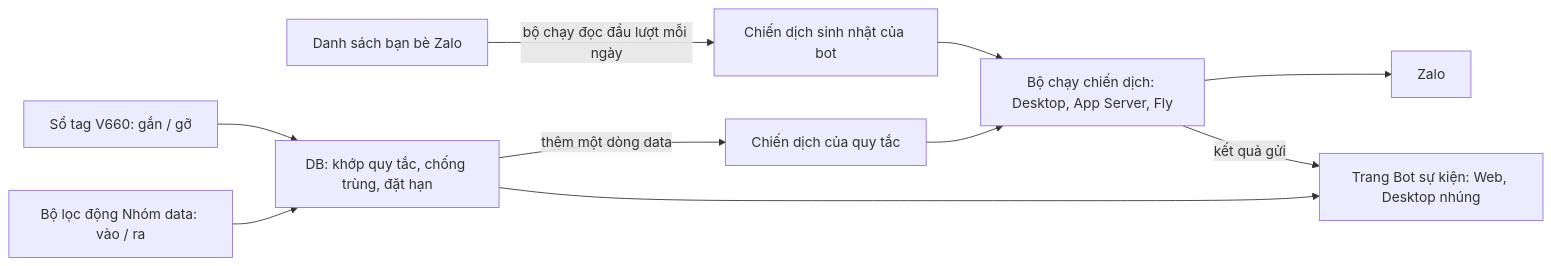
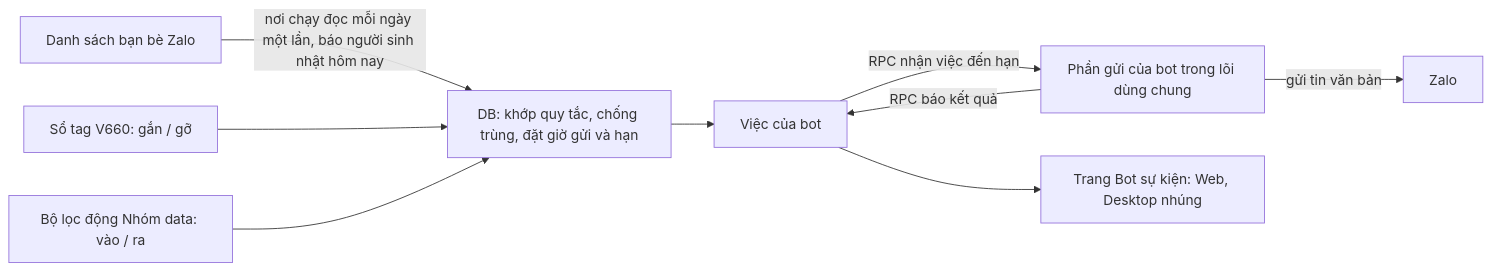
The diagram in docs/EVENT_BOT_PLAN.md (aligoinc/akaAgent), drawn with Mermaid before and after one commit. The commit also changed other lines of this file and 1 other file, not shown here.

First line of the commit message:
docs: Bot sự kiện bản 3, bot gửi độc lập với hạn mức và chiến dịch

````diff
--- a/docs/EVENT_BOT_PLAN.md
+++ b/docs/EVENT_BOT_PLAN.md
@@ -93,12 +85,11 @@
 ```mermaid
 flowchart LR
-  F[Danh sách bạn bè Zalo] -->|bộ chạy đọc đầu lượt mỗi ngày| C1[Chiến dịch sinh nhật của bot]
-  T[Sổ tag V660: gắn / gỡ] --> M[DB: khớp quy tắc, chống trùng, đặt hạn]
+  F[Danh sách bạn bè Zalo] -->|nơi chạy đọc mỗi ngày một lần, báo người sinh nhật hôm nay| M
+  T[Sổ tag V660: gắn / gỡ] --> M[DB: khớp quy tắc, chống trùng, đặt giờ gửi và hạn]
   G[Bộ lọc động Nhóm data: vào / ra] --> M
-  M -->|thêm một dòng data| C2[Chiến dịch của quy tắc]
-  C1 --> E[Bộ chạy chiến dịch: Desktop, App Server, Fly]
-  C2 --> E
-  E --> Z[Zalo]
-  M --> W[Trang Bot sự kiện: Web, Desktop nhúng]
-  E -->|kết quả gửi| W
+  M --> J[Việc của bot]
+  J -->|RPC nhận việc đến hạn| X[Phần gửi của bot trong lõi dùng chung]
+  X -->|gửi tin văn bản| Z[Zalo]
+  X -->|RPC báo kết quả| J
+  J --> W[Trang Bot sự kiện: Web, Desktop nhúng]
 ```
````
